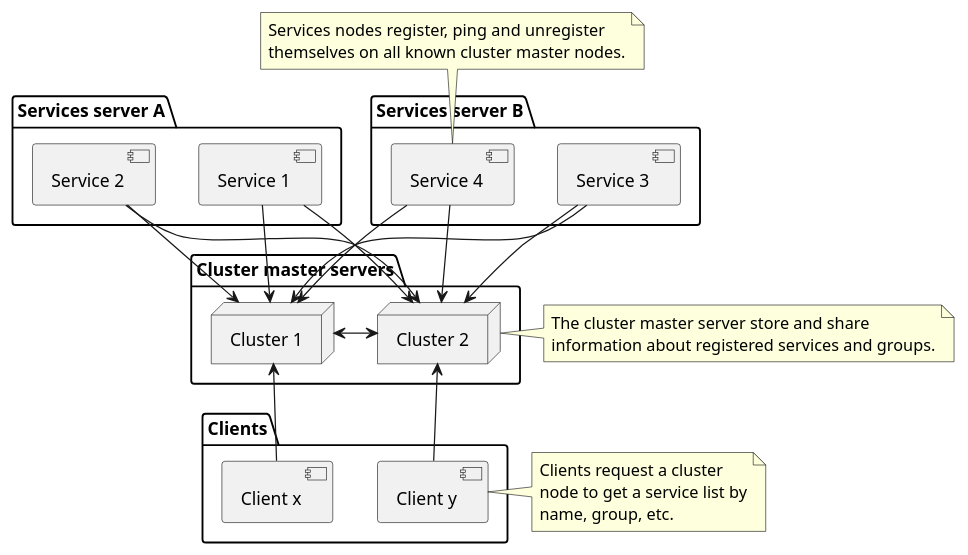
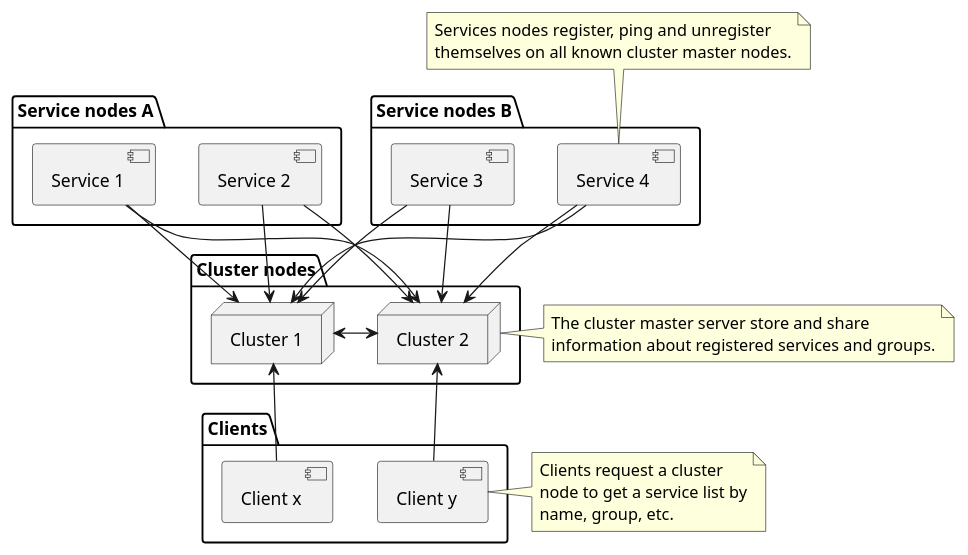
One commit to qwazr/cluster changed the diagram in src/main/asciidoc/cluster-typology.adoc. Above: the diagram before and after it, drawn with PlantUML. The commit also changed 6 other files, not shown here.

```diff
--- a/src/main/asciidoc/cluster-typology.adoc
+++ b/src/main/asciidoc/cluster-typology.adoc
@@ -1,45 +1,44 @@
-[plantuml,cluster-standard-typology, svg]
+[plantuml,cluster-typology, svg]
 ....
 
-folder "Cluster master servers" {
+folder "Cluster nodes" {
    node "Cluster 1"
    node "Cluster 2"
   [Cluster 1] <-> [Cluster 2]
 }
 
-folder "Services server A" {
-  [Service 1] --> [Cluster 1]
-  [Service 1] --> [Cluster 2]
-  [Service 2] --> [Cluster 1]
-  [Service 2] --> [Cluster 2]
+folder "Service nodes A" {
+  [Service 2] -down-> [Cluster 1]
+  [Service 2] -down-> [Cluster 2]
+  [Service 1] -down-> [Cluster 1]
+  [Service 1] -down-> [Cluster 2]
 }
 
-folder "Services server B" {
-  [Service 3] --> [Cluster 1]
-  [Service 3] --> [Cluster 2]
-  [Service 4] --> [Cluster 1]
-  [Service 4] --> [Cluster 2]
+folder "Service nodes B" {
+  [Service 4] -down-> [Cluster 1]
+  [Service 4] -down-> [Cluster 2]
+  [Service 3] -down-> [Cluster 1]
+  [Service 3] -down-> [Cluster 2]
 }
 
 folder "Clients" {
   [Cluster 1] <-- [Client x]
   [Client y] --> [Cluster 2]
 }
 
 note top of [Service 4]
   Services nodes register, ping and unregister
   themselves on all known cluster master nodes.
 end note
 
 note right of [Client y]
   Clients request a cluster
   node to get a service list by
   name, group, etc.
 end note
 
 note right of [Cluster 2]
   The cluster master server store and share
   information about registered services and groups.
 end note
-
 ....
```
